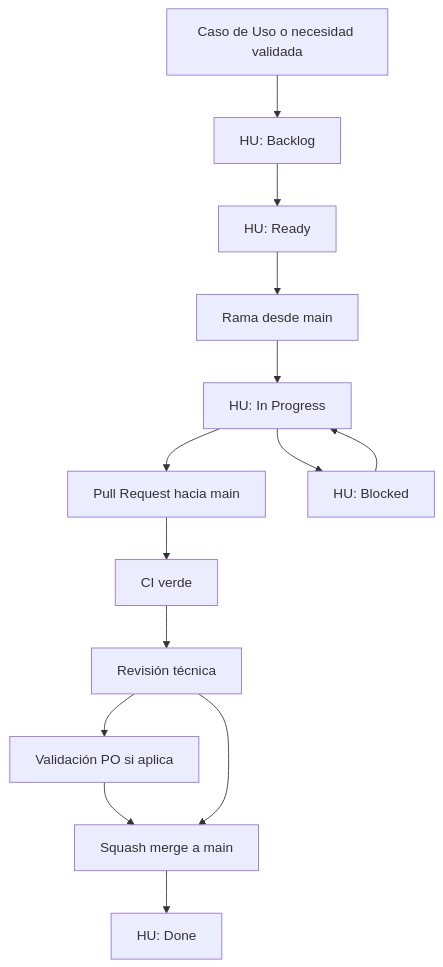
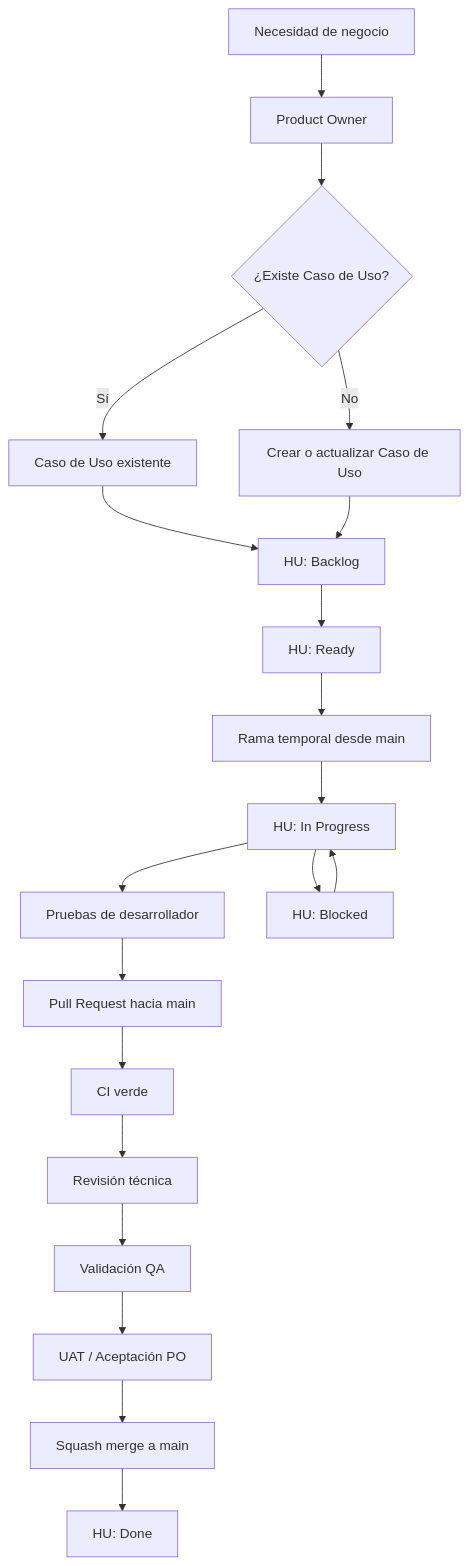
Before and after one commit to L4CR/L4.Land4.Docs: the diagram in procesos/github-flow.md, drawn with Mermaid. The commit also changed other lines of this file, not shown here.

Commit message:
docs: include PO, QA and UAT in GitHub Flow

````diff
--- a/procesos/github-flow.md
+++ b/procesos/github-flow.md
@@ -29,16 +31,22 @@
 ```mermaid
 flowchart TD
-    CU[Caso de Uso o necesidad validada] --> Backlog[HU: Backlog]
+    Need[Necesidad de negocio] --> PO[Product Owner]
+    PO --> CU{¿Existe Caso de Uso?}
+    CU -->|Sí| ExistingCU[Caso de Uso existente]
+    CU -->|No| NewCU[Crear o actualizar Caso de Uso]
+    ExistingCU --> Backlog[HU: Backlog]
+    NewCU --> Backlog
     Backlog --> Ready[HU: Ready]
-    Ready --> Branch[Rama desde main]
+    Ready --> Branch[Rama temporal desde main]
     Branch --> Progress[HU: In Progress]
-    Progress --> PR[Pull Request hacia main]
+    Progress --> DevTests[Pruebas de desarrollador]
+    DevTests --> PR[Pull Request hacia main]
     Progress --> Blocked[HU: Blocked]
     Blocked --> Progress
     PR --> CI[CI verde]
     CI --> Review[Revisión técnica]
-    Review --> PO[Validación PO si aplica]
-    PO --> Merge[Squash merge a main]
-    Review --> Merge
+    Review --> QA[Validación QA]
+    QA --> UAT[UAT / Aceptación PO]
+    UAT --> Merge[Squash merge a main]
     Merge --> Done[HU: Done]
 ```
````
